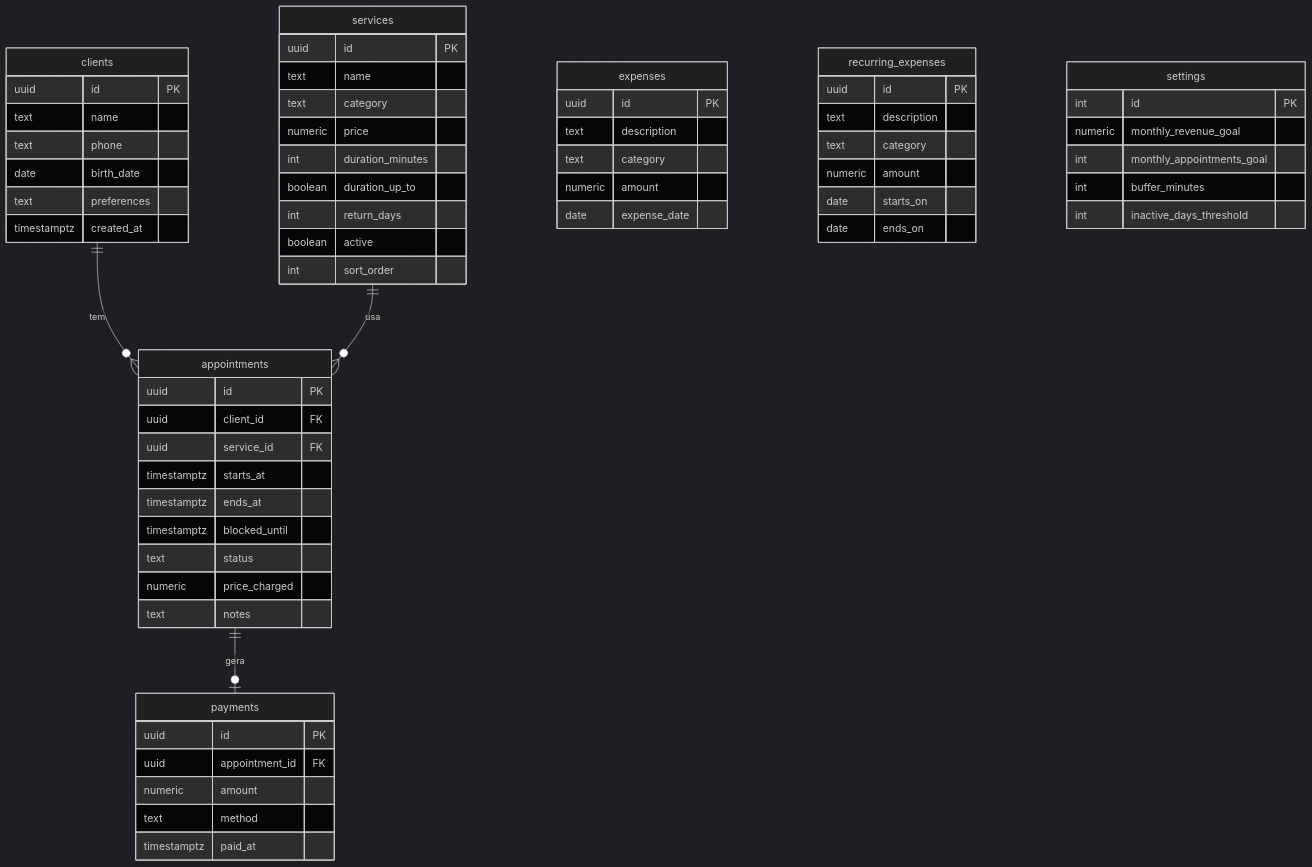
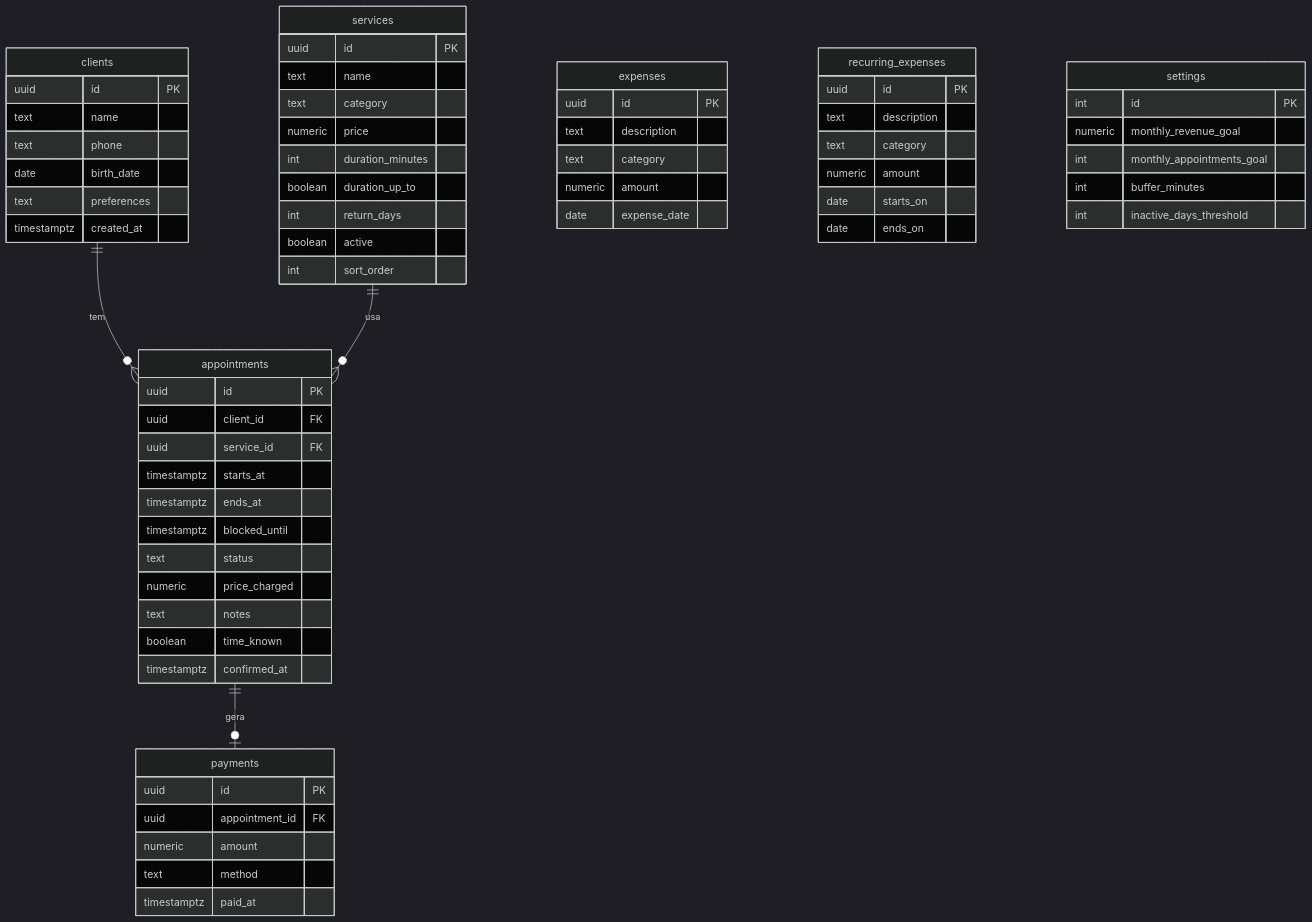
The diagram in docs/04-modelo-dados.md (hygorbatista/Studio-Gabriela-Probst), drawn with Mermaid (dark theme) before and after one commit. The commit also changed other lines of this file and 2 other files, not shown here.

Commit message:
docs: confirmação da véspera e roadmap atualizado

````diff
--- a/docs/04-modelo-dados.md
+++ b/docs/04-modelo-dados.md
@@ -7,69 +7,71 @@
 ```mermaid
 erDiagram
     clients ||--o{ appointments : tem
     services ||--o{ appointments : usa
     appointments ||--o| payments : gera
     expenses
     recurring_expenses
     settings
 
     clients {
         uuid id PK
         text name
         text phone
         date birth_date
         text preferences
         timestamptz created_at
     }
     services {
         uuid id PK
         text name
         text category
         numeric price
         int duration_minutes
         boolean duration_up_to
         int return_days
         boolean active
         int sort_order
     }
     appointments {
         uuid id PK
         uuid client_id FK
         uuid service_id FK
         timestamptz starts_at
         timestamptz ends_at
         timestamptz blocked_until
         text status
         numeric price_charged
         text notes
+        boolean time_known
+        timestamptz confirmed_at
     }
     payments {
         uuid id PK
         uuid appointment_id FK
         numeric amount
         text method
         timestamptz paid_at
     }
     expenses {
         uuid id PK
         text description
         text category
         numeric amount
         date expense_date
     }
     recurring_expenses {
         uuid id PK
         text description
         text category
         numeric amount
         date starts_on
         date ends_on
     }
     settings {
         int id PK
         numeric monthly_revenue_goal
         int monthly_appointments_goal
         int buffer_minutes
         int inactive_days_threshold
     }
 ```
````
